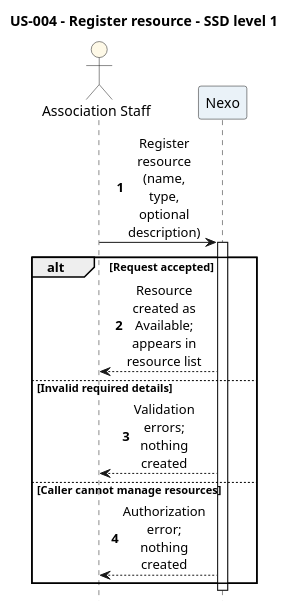
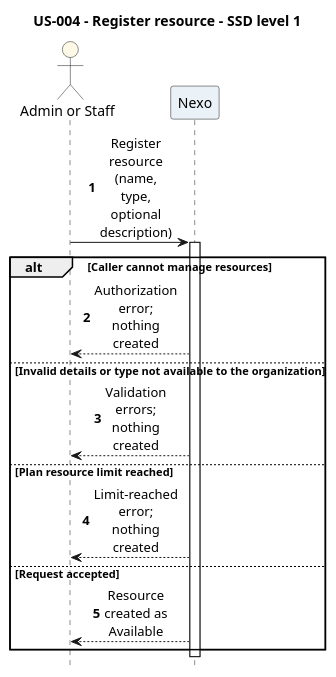
The diagram in docs/us/US-004/ssd/level-1/puml/US-004-level-1.puml (vscosousa/Nexo), drawn with PlantUML before and after one commit. The commit also changed 43 other files, not shown here.

First line of the commit message:
docs: US-004 implementation, staff role, and spaces split from resources

```diff
--- a/docs/us/US-004/ssd/level-1/puml/US-004-level-1.puml
+++ b/docs/us/US-004/ssd/level-1/puml/US-004-level-1.puml
@@ -1,25 +1,27 @@
 @startuml
 title US-004 - Register resource - SSD level 1
 hide footbox
 skinparam shadowing false
 skinparam sequenceMessageAlign center
 skinparam maxMessageSize 75
 skinparam ParticipantBackgroundColor #EAF2F8
 skinparam ActorBackgroundColor #FEF9E7
 skinparam NoteBackgroundColor #FFF8DC
 autonumber
 
-actor "Association Staff" as Staff
+actor "Admin or Staff" as Staff
 participant "Nexo" as System
 
 Staff -> System: Register resource (name, type, optional description)
 activate System
-alt Request accepted
-    System --> Staff: Resource created as Available; appears in resource list
-else Invalid required details
+alt Caller cannot manage resources
+    System --> Staff: Authorization error; nothing created
+else Invalid details or type not available to the organization
     System --> Staff: Validation errors; nothing created
-else Caller cannot manage resources
-    System --> Staff: Authorization error; nothing created
+else Plan resource limit reached
+    System --> Staff: Limit-reached error; nothing created
+else Request accepted
+    System --> Staff: Resource created as Available
 end
 deactivate System
 @enduml
```
